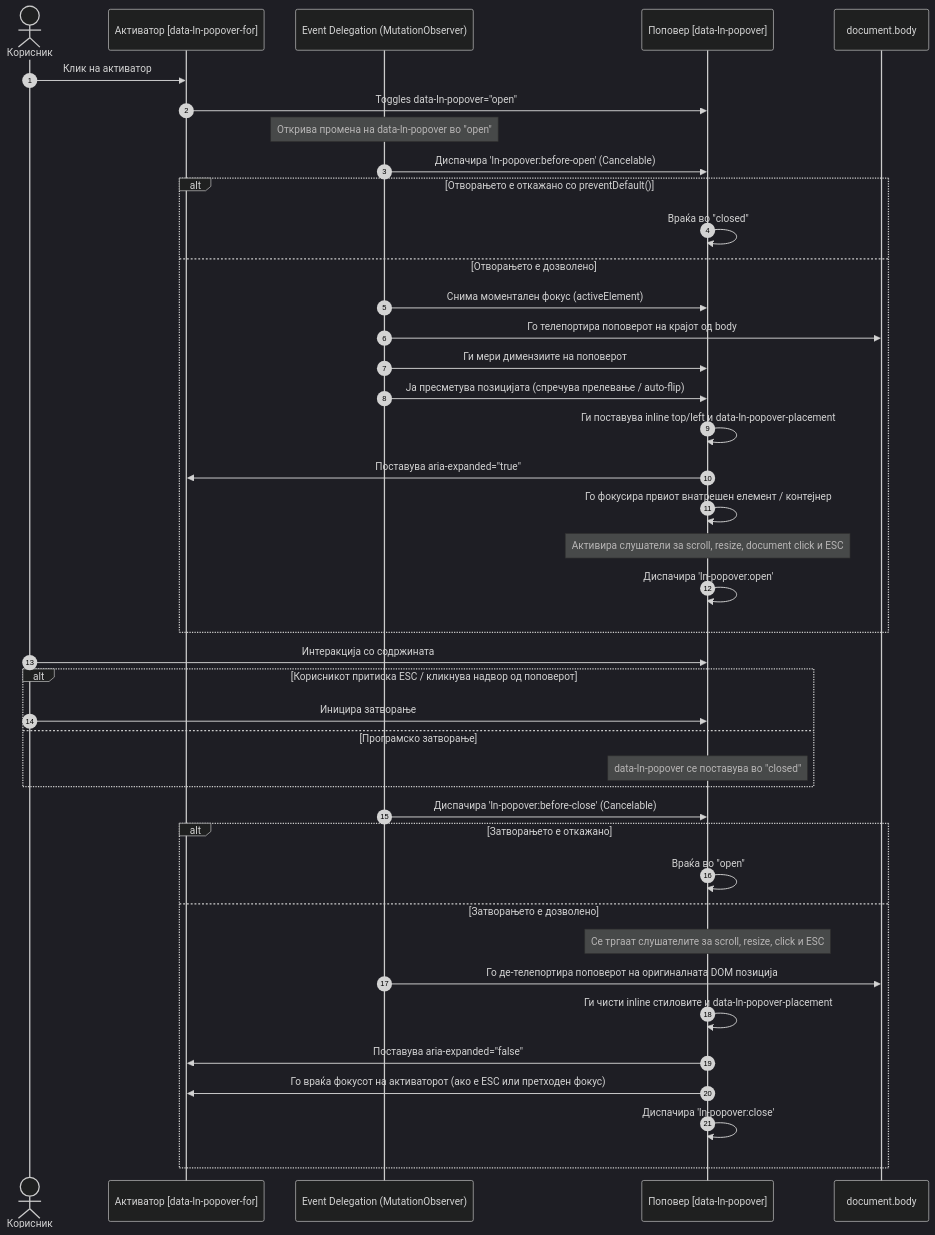
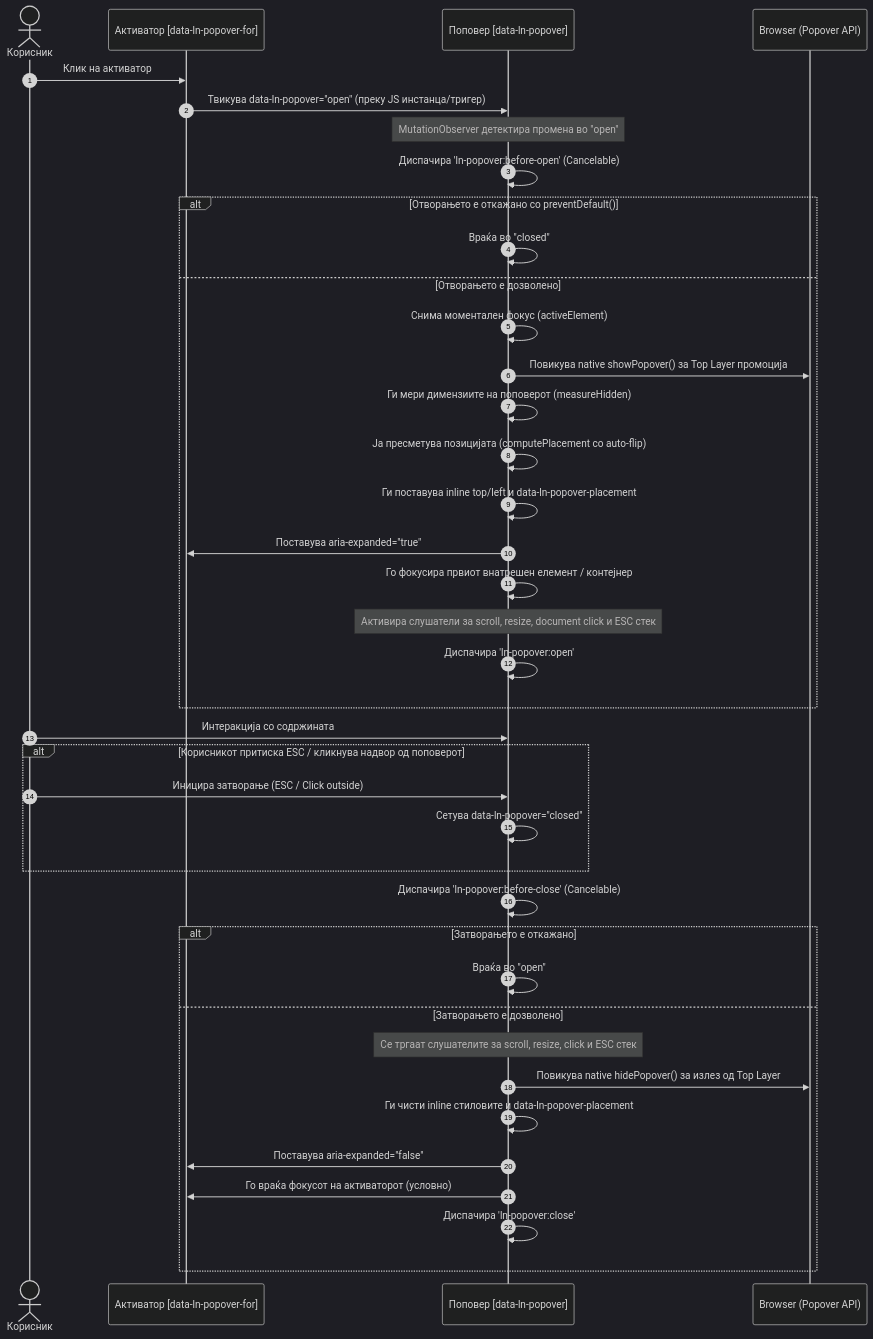
One commit to livenetworks/ln-ashlar changed the diagram in architecture_docs_draft/components/ln-popover.md. Above: the diagram before and after it, drawn with Mermaid (dark theme). The commit also changed other lines of this file and 19 other files, not shown here.

````diff
--- a/architecture_docs_draft/components/ln-popover.md
+++ b/architecture_docs_draft/components/ln-popover.md
@@ -249,50 +246,48 @@
 ```mermaid
 sequenceDiagram
     autonumber
     actor Корисник
     participant Trigger as Активатор [data-ln-popover-for]
-    participant Del as Event Delegation (MutationObserver)
     participant Popover as Поповер [data-ln-popover]
-    participant Body as document.body
+    participant Browser as Browser (Popover API)
     
     Корисник->>Trigger: Клик на активатор
-    Trigger->>Popover: Toggles data-ln-popover="open"
+    Trigger->>Popover: Твикува data-ln-popover="open" (преку JS инстанца/тригер)
     
-    Note over Del: Открива промена на data-ln-popover во "open"
-    Del->>Popover: Диспачира 'ln-popover:before-open' (Cancelable)
+    Note over Popover: MutationObserver детектира промена во "open"
+    Popover->>Popover: Диспачира 'ln-popover:before-open' (Cancelable)
     
     alt Отворањето е откажано со preventDefault()
         Popover->>Popover: Враќа во "closed"
     else Отворањето е дозволено
-        Del->>Popover: Снима моментален фокус (activeElement)
-        Del->>Body: Го телепортира поповерот на крајот од body
-        Del->>Popover: Ги мери димензиите на поповерот
-        Del->>Popover: Ја пресметува позицијата (спречува прелевање / auto-flip)
+        Popover->>Popover: Снима моментален фокус (activeElement)
+        Popover->>Browser: Повикува native showPopover() за Top Layer промоција
+        Popover->>Popover: Ги мери димензиите на поповерот (measureHidden)
+        Popover->>Popover: Ја пресметува позицијата (computePlacement со auto-flip)
         Popover->>Popover: Ги поставува inline top/left и data-ln-popover-placement
         Popover->>Trigger: Поставува aria-expanded="true"
         Popover->>Popover: Го фокусира првиот внатрешен елемент / контејнер
-        Note over Popover: Активира слушатели за scroll, resize, document click и ESC
+        Note over Popover: Активира слушатели за scroll, resize, document click и ESC стек
         Popover->>Popover: Диспачира 'ln-popover:open'
     end
 
     Корисник->>Popover: Интеракција со содржината
     
     alt Корисникот притиска ESC / кликнува надвор од поповерот
-        Корисник->>Popover: Иницира затворање
-    else Програмско затворање
-        Note over Popover: data-ln-popover се поставува во "closed"
+        Корисник->>Popover: Иницира затворање (ESC / Click outside)
+        Popover->>Popover: Сетува data-ln-popover="closed"
     end
 
-    Del->>Popover: Диспачира 'ln-popover:before-close' (Cancelable)
+    Popover->>Popover: Диспачира 'ln-popover:before-close' (Cancelable)
     
     alt Затворањето е откажано
         Popover->>Popover: Враќа во "open"
     else Затворањето е дозволено
-        Note over Popover: Се тргаат слушателите за scroll, resize, click и ESC
-        Del->>Body: Го де-телепортира поповерот на оригиналната DOM позиција
+        Note over Popover: Се тргаат слушателите за scroll, resize, click и ESC стек
+        Popover->>Browser: Повикува native hidePopover() за излез од Top Layer
         Popover->>Popover: Ги чисти inline стиловите и data-ln-popover-placement
         Popover->>Trigger: Поставува aria-expanded="false"
-        Popover->>Trigger: Го враќа фокусот на активаторот (ако е ESC или претходен фокус)
+        Popover->>Trigger: Го враќа фокусот на активаторот (условно)
         Popover->>Popover: Диспачира 'ln-popover:close'
     end
 ```
````
